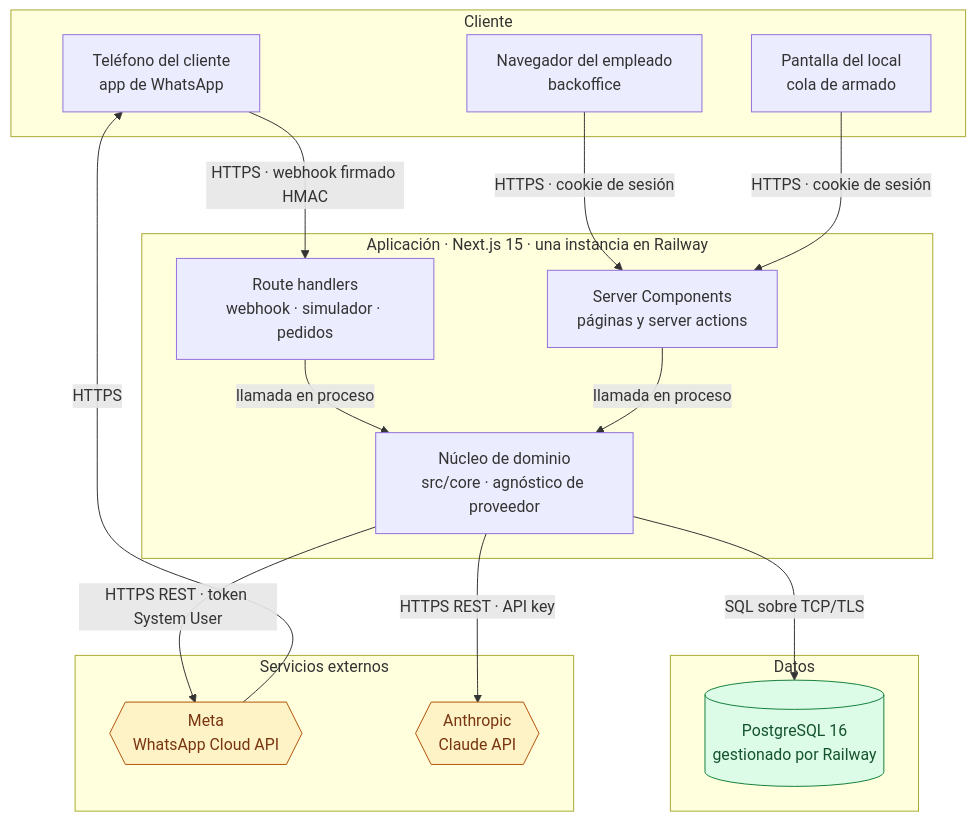
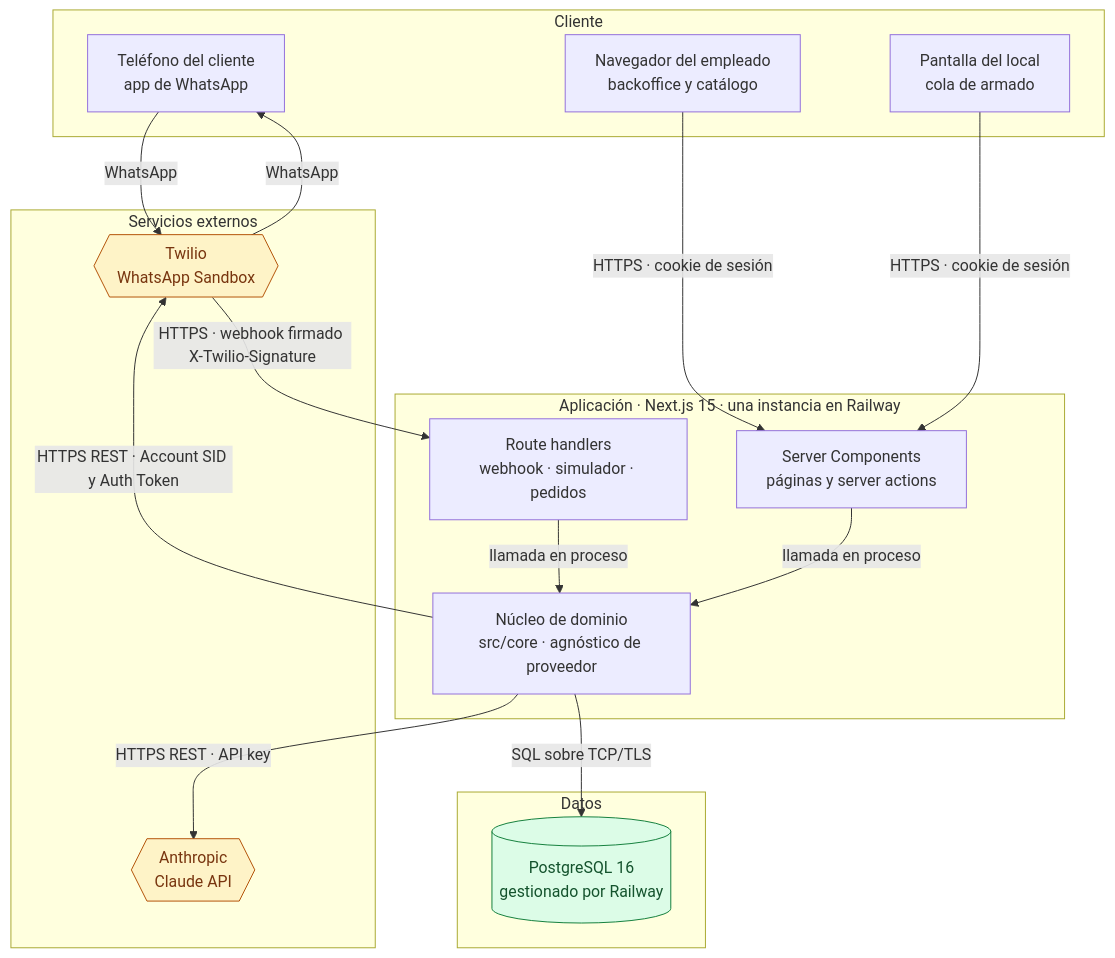
One commit to fedewagner/SRS-Carnik changed the second of 7 diagrams in readme.md. Above: the diagram before and after it, drawn with Mermaid. The commit also changed other lines of this file and 9 other files, not shown here.

````diff
--- a/readme.md
+++ b/readme.md
@@ -225,38 +265,39 @@
 ```mermaid
 flowchart TB
     subgraph cliente["Cliente"]
         WA["Teléfono del cliente<br/>app de WhatsApp"]
-        BO["Navegador del empleado<br/>backoffice"]
+        BO["Navegador del empleado<br/>backoffice y catálogo"]
         KIOSK["Pantalla del local<br/>cola de armado"]
     end
 
     subgraph app["Aplicación · Next.js 15 · una instancia en Railway"]
         RH["Route handlers<br/>webhook · simulador · pedidos"]
         UI["Server Components<br/>páginas y server actions"]
         CORE["Núcleo de dominio<br/>src/core · agnóstico de proveedor"]
     end
 
     subgraph datos["Datos"]
         DB[("PostgreSQL 16<br/>gestionado por Railway")]
     end
 
     subgraph ext["Servicios externos"]
-        META{{"Meta<br/>WhatsApp Cloud API"}}
+        TW{{"Twilio<br/>WhatsApp Sandbox"}}
         AI{{"Anthropic<br/>Claude API"}}
     end
 
-    WA -->|"HTTPS · webhook firmado HMAC"| RH
+    WA -->|"WhatsApp"| TW
+    TW -->|"HTTPS · webhook firmado X-Twilio-Signature"| RH
     BO -->|"HTTPS · cookie de sesión"| UI
     KIOSK -->|"HTTPS · cookie de sesión"| UI
     RH -->|"llamada en proceso"| CORE
     UI -->|"llamada en proceso"| CORE
     CORE -->|"SQL sobre TCP/TLS"| DB
-    CORE -->|"HTTPS REST · token System User"| META
+    CORE -->|"HTTPS REST · Account SID y Auth Token"| TW
     CORE -->|"HTTPS REST · API key"| AI
-    META -->|"HTTPS"| WA
+    TW -->|"WhatsApp"| WA
 
     classDef externo fill:#fef3c7,stroke:#b45309,color:#78350f
     classDef almacen fill:#dcfce7,stroke:#15803d,color:#14532d
-    class META,AI externo
+    class TW,AI externo
     class DB almacen
 ```
````
